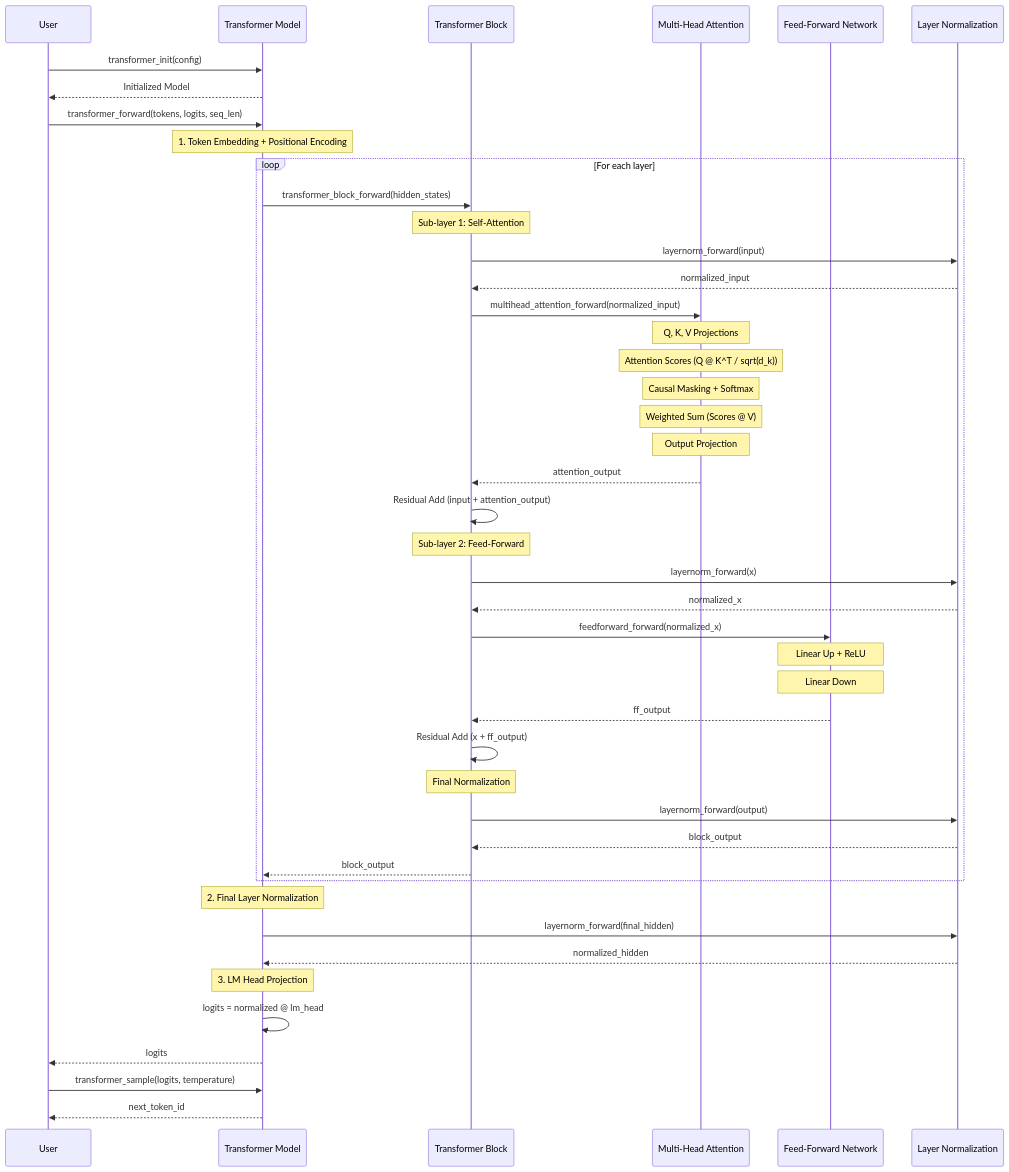
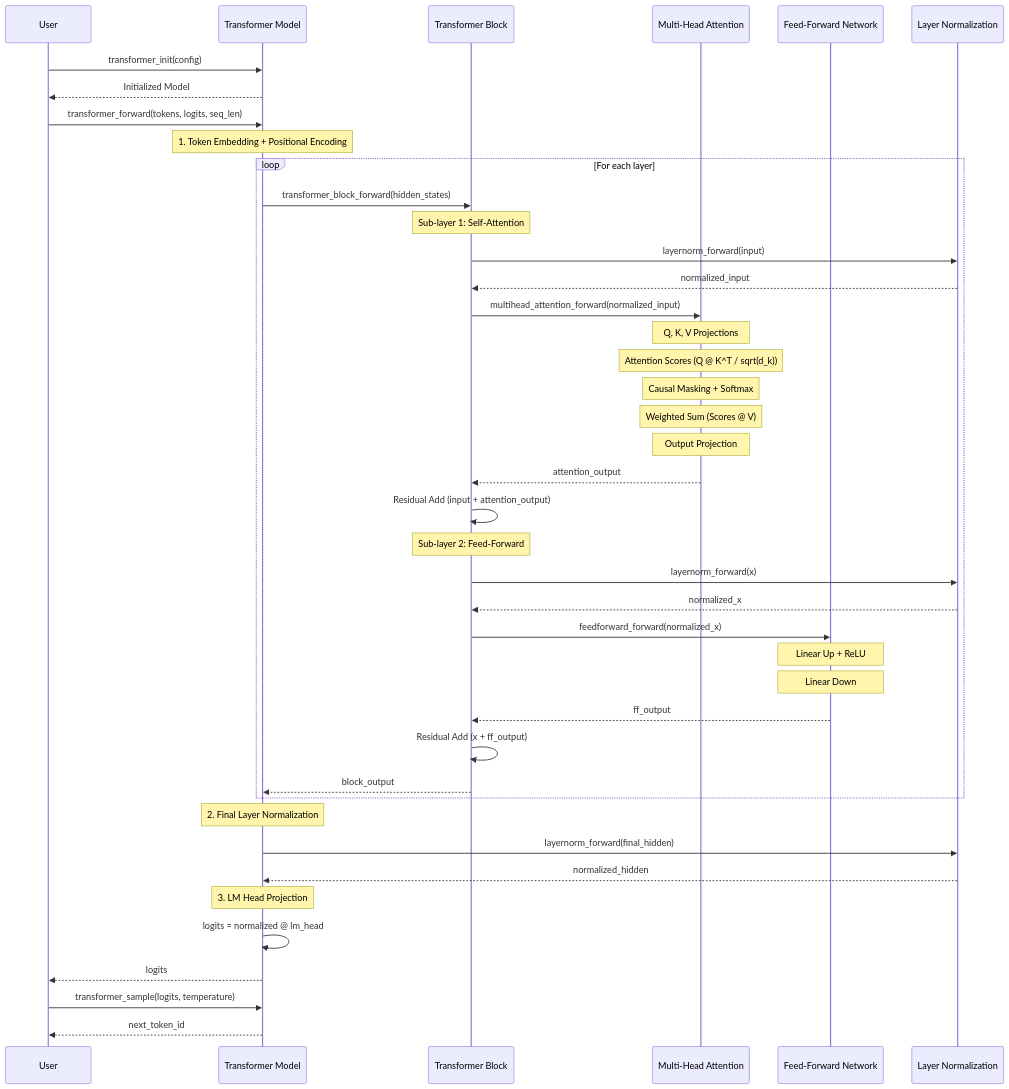
The diagram in README.md (loucif/transformer), drawn with Mermaid before and after one commit. The commit also changed other lines of this file, not shown here.

````diff
--- a/README.md
+++ b/README.md
@@ -53,61 +52,57 @@
 ```mermaid
 sequenceDiagram
     participant User
     participant Model as Transformer Model
     participant Block as Transformer Block
     participant Attn as Multi-Head Attention
     participant FFN as Feed-Forward Network
     participant LN as Layer Normalization
 
     User->>Model: transformer_init(config)
     Model-->>User: Initialized Model
 
     User->>Model: transformer_forward(tokens, logits, seq_len)
     
     Note over Model: 1. Token Embedding + Positional Encoding
     
     loop For each layer
         Model->>Block: transformer_block_forward(hidden_states)
         
         Note over Block: Sub-layer 1: Self-Attention
         Block->>LN: layernorm_forward(input)
         LN-->>Block: normalized_input
         Block->>Attn: multihead_attention_forward(normalized_input)
         
         Note over Attn: Q, K, V Projections
         Note over Attn: Attention Scores (Q @ K^T / sqrt(d_k))
         Note over Attn: Causal Masking + Softmax
         Note over Attn: Weighted Sum (Scores @ V)
         Note over Attn: Output Projection
         
         Attn-->>Block: attention_output
         Block->>Block: Residual Add (input + attention_output)
         
         Note over Block: Sub-layer 2: Feed-Forward
         Block->>LN: layernorm_forward(x)
         LN-->>Block: normalized_x
         Block->>FFN: feedforward_forward(normalized_x)
         
         Note over FFN: Linear Up + ReLU
         Note over FFN: Linear Down
         
         FFN-->>Block: ff_output
         Block->>Block: Residual Add (x + ff_output)
-        
-        Note over Block: Final Normalization
-        Block->>LN: layernorm_forward(output)
-        LN-->>Block: block_output
         Block-->>Model: block_output
     end
     
     Note over Model: 2. Final Layer Normalization
     Model->>LN: layernorm_forward(final_hidden)
     LN-->>Model: normalized_hidden
     
     Note over Model: 3. LM Head Projection
     Model->>Model: logits = normalized @ lm_head
     Model-->>User: logits
 
     User->>Model: transformer_sample(logits, temperature)
     Model-->>User: next_token_id
 ```
````
